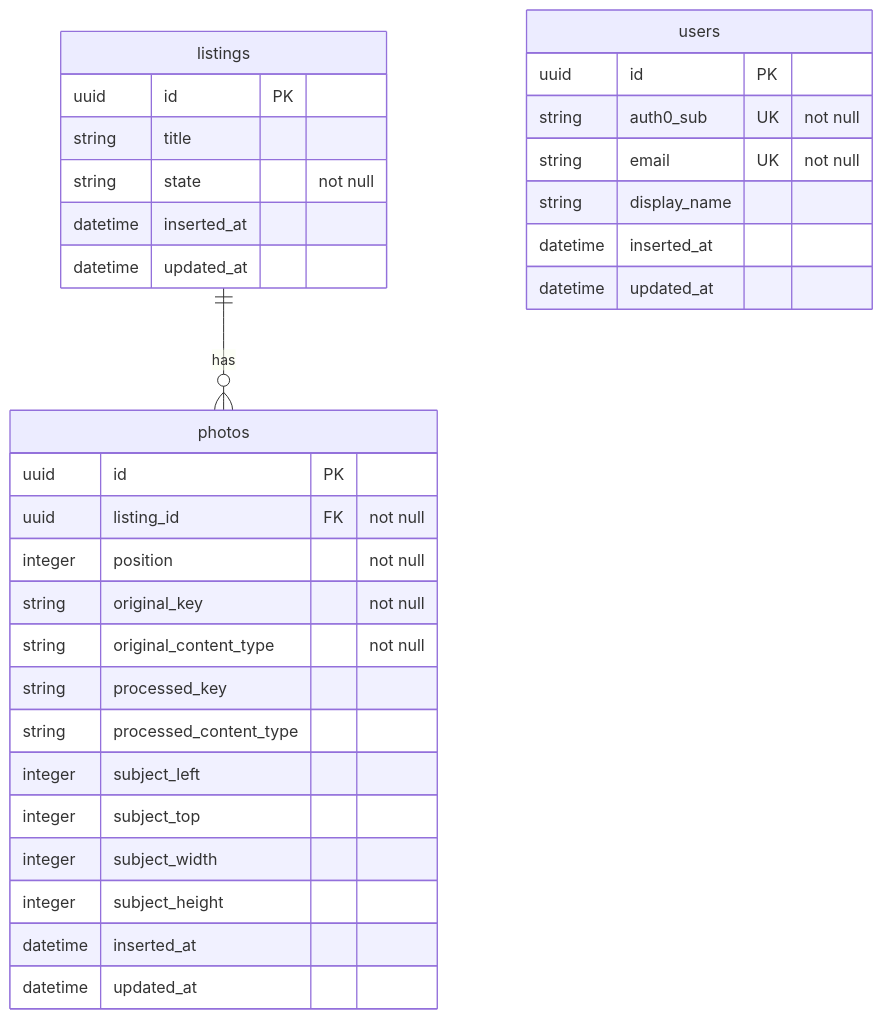
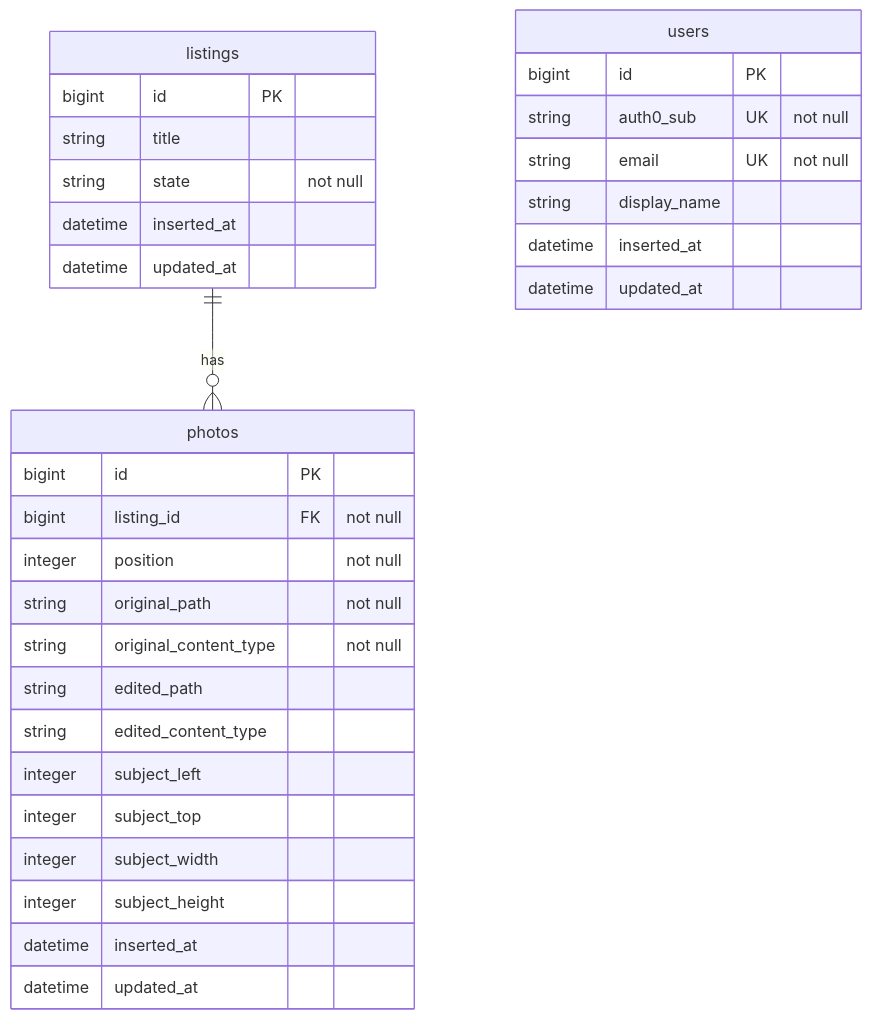
One commit to dewetblomerus/flipper changed the diagram in docs/erd.md. Above: the diagram before and after it, drawn with Mermaid. The commit also changed other lines of this file and 2 other files, not shown here.

Commit message:
Revise states, ids, and photo paths in the entity model.

````diff
--- a/docs/erd.md
+++ b/docs/erd.md
@@ -9,37 +9,37 @@
 ```mermaid
 erDiagram
     listings ||--o{ photos : has
 
     users {
-        uuid id PK
+        bigint id PK
         string auth0_sub UK "not null"
         string email UK "not null"
         string display_name
         datetime inserted_at
         datetime updated_at
     }
 
     listings {
-        uuid id PK
+        bigint id PK
         string title
         string state "not null"
         datetime inserted_at
         datetime updated_at
     }
 
     photos {
-        uuid id PK
-        uuid listing_id FK "not null"
+        bigint id PK
+        bigint listing_id FK "not null"
         integer position "not null"
-        string original_key "not null"
+        string original_path "not null"
         string original_content_type "not null"
-        string processed_key
-        string processed_content_type
+        string edited_path
+        string edited_content_type
         integer subject_left
         integer subject_top
         integer subject_width
         integer subject_height
         datetime inserted_at
         datetime updated_at
     }
 ```
````
